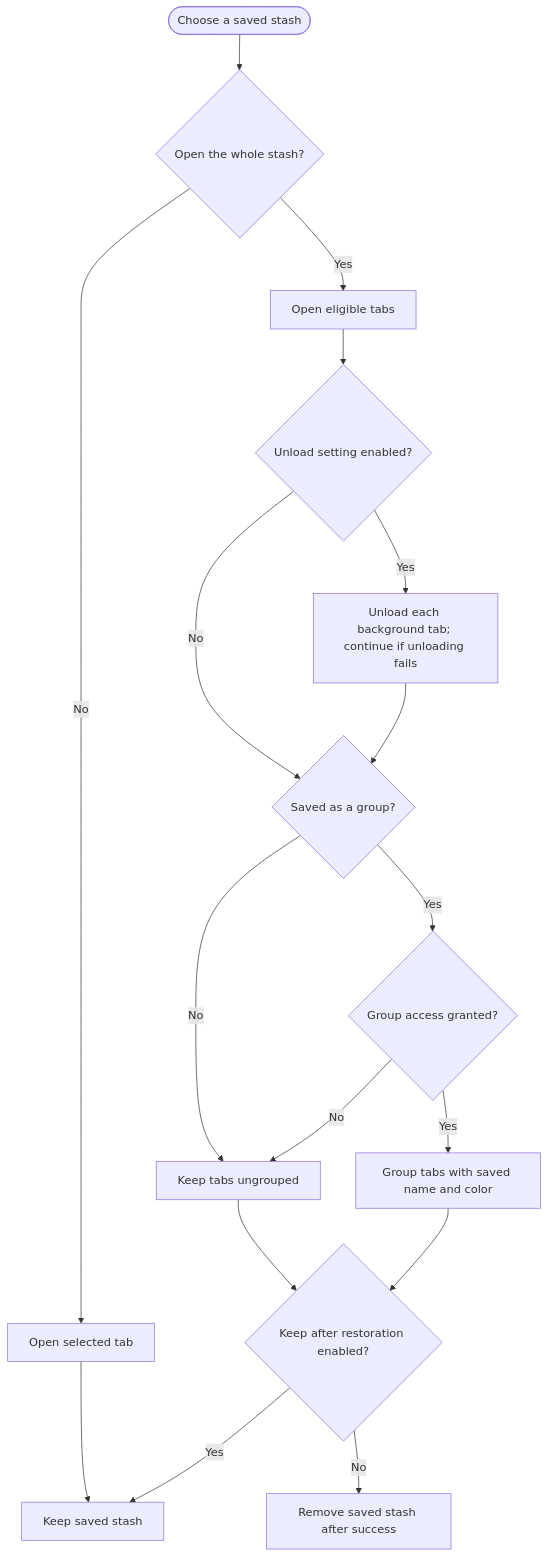
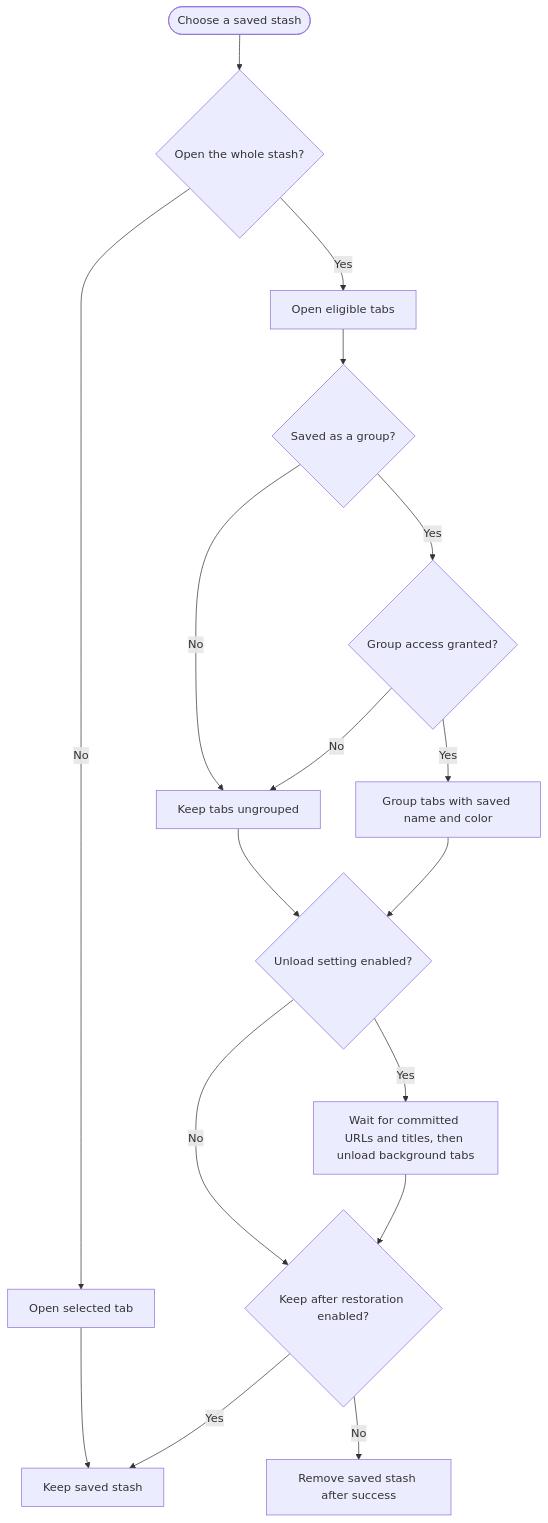
Before and after one commit to taichikuji/Stasher: the second of 2 diagrams in README.md, drawn with Mermaid. The commit also changed other lines of this file and 4 other files, not shown here.

Commit message:
fix(manager): wait for navigation before unloading restored tabs

````diff
--- a/README.md
+++ b/README.md
@@ -59,21 +59,21 @@
 ```mermaid
 flowchart TD
   accTitle: How Stasher restores tabs
-  accDescr: Opening one tab keeps the stash. Restoring a whole stash opens eligible background tabs, optionally unloads them, groups saved groups with permission, and keeps or removes the stash according to Settings after success. Restoration failures preserve the stash.
+  accDescr: Opening one tab keeps the stash. Restoring a whole stash opens eligible background tabs, groups saved groups with permission, optionally unloads tabs after their navigation commits, and keeps or removes the stash according to Settings after success. Restoration failures preserve the stash.
   Start(["Choose a saved stash"]) --> Whole{"Open the whole stash?"}
   Whole -->|No| Single["Open selected tab"]
   Single --> Keep["Keep saved stash"]
   Whole -->|Yes| Open["Open eligible tabs"]
-  Open --> Unload{"Unload setting enabled?"}
-  Unload -->|Yes| Discard["Unload each background tab; continue if unloading fails"]
-  Unload -->|No| Group{"Saved as a group?"}
-  Discard --> Group
+  Open --> Group{"Saved as a group?"}
   Group -->|No| Ordinary["Keep tabs ungrouped"]
   Group -->|Yes| Access{"Group access granted?"}
   Access -->|No| Ordinary
   Access -->|Yes| Grouped["Group tabs with saved name and color"]
-  Ordinary --> Retain{"Keep after restoration enabled?"}
-  Grouped --> Retain
+  Ordinary --> Unload{"Unload setting enabled?"}
+  Grouped --> Unload
+  Unload -->|Yes| Discard["Wait for committed URLs and titles, then unload background tabs"]
+  Unload -->|No| Retain{"Keep after restoration enabled?"}
+  Discard --> Retain
   Retain -->|Yes| Keep
   Retain -->|No| Remove["Remove saved stash after success"]
 ```
````
